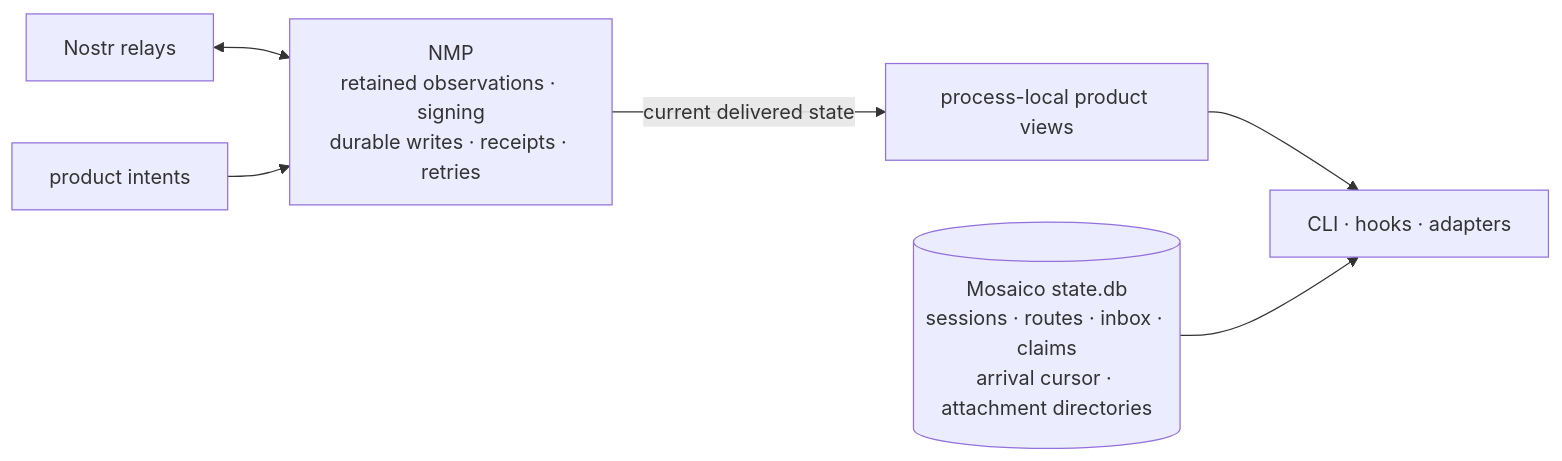
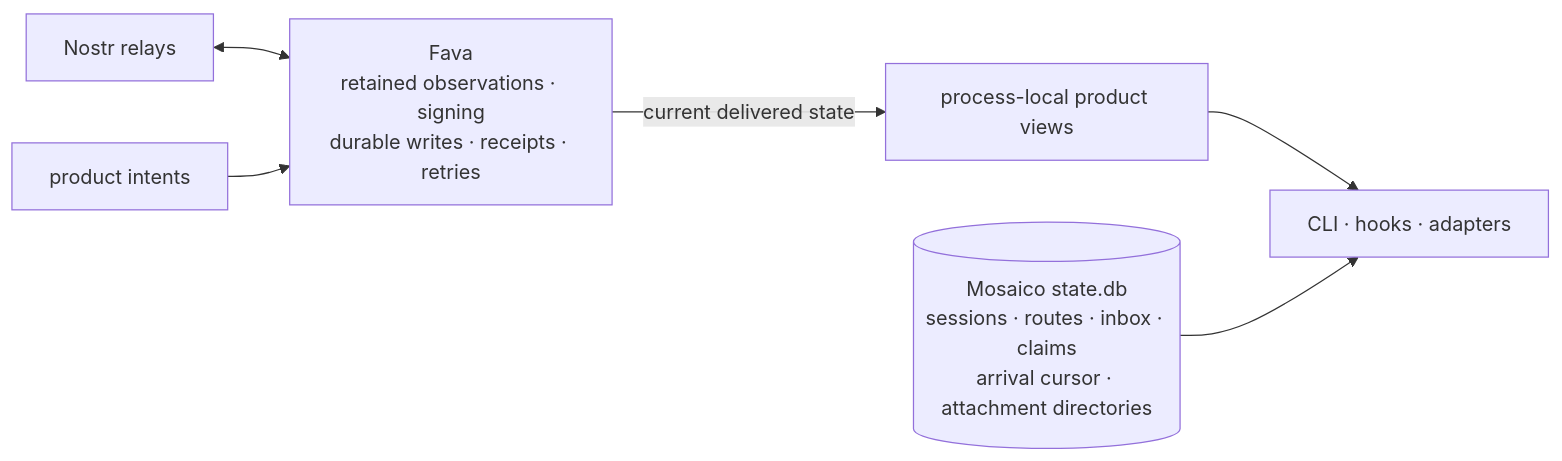
The diagram in docs/fabric-architecture-overview.md (pablof7z/mosaico), drawn with Mermaid before and after one commit. The commit also changed other lines of this file and 446 other files, not shown here.

````diff
--- a/docs/fabric-architecture-overview.md
+++ b/docs/fabric-architecture-overview.md
@@ -16,14 +16,14 @@
 ```mermaid
 flowchart LR
     RELAYS["Nostr relays"]
-    NMP["NMP<br/>retained observations · signing<br/>durable writes · receipts · retries"]
+    Fava["Fava<br/>retained observations · signing<br/>durable writes · receipts · retries"]
     VIEWS["process-local product views"]
     LOCAL[("Mosaico state.db<br/>sessions · routes · inbox · claims<br/>arrival cursor · attachment directories")]
     READERS["CLI · hooks · adapters"]
     INTENTS["product intents"]
 
-    RELAYS <--> NMP
-    NMP -- current delivered state --> VIEWS --> READERS
+    RELAYS <--> Fava
+    Fava -- current delivered state --> VIEWS --> READERS
     LOCAL --> READERS
-    INTENTS --> NMP
+    INTENTS --> Fava
 ```
````
